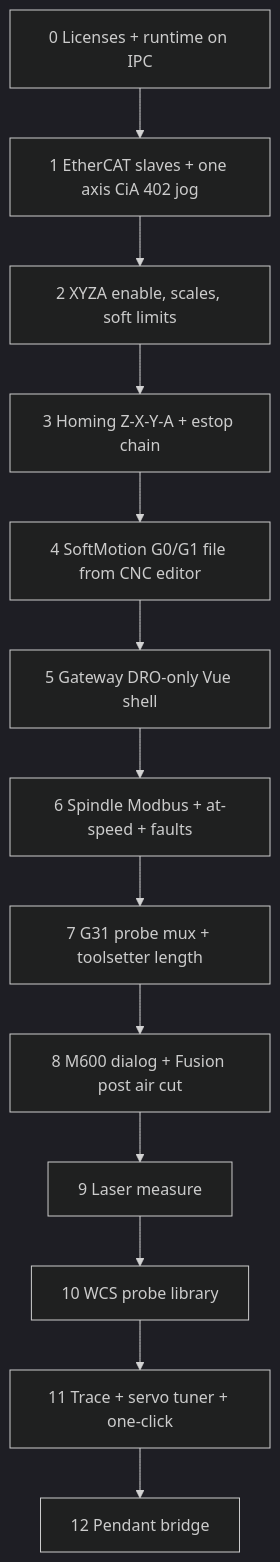
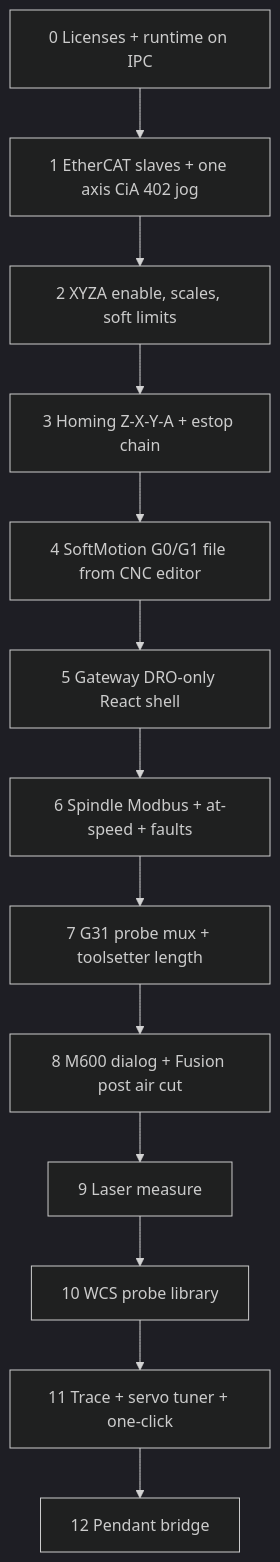
One commit to jayem1427/lemontart_lcnc_config changed the second of 2 diagrams in docs/CODESYS_ARCHITECTURE.md. Above: the diagram before and after it, drawn with Mermaid (dark theme). The commit also changed other lines of this file and 3 other files, not shown here.

````diff
--- a/docs/CODESYS_ARCHITECTURE.md
+++ b/docs/CODESYS_ARCHITECTURE.md
@@ -391,15 +395,15 @@
 ```mermaid
 flowchart TD
   S0[0 Licenses + runtime on IPC] --> S1[1 EtherCAT slaves + one axis CiA 402 jog]
   S1 --> S2[2 XYZA enable, scales, soft limits]
   S2 --> S3[3 Homing Z-X-Y-A + estop chain]
   S3 --> S4[4 SoftMotion G0/G1 file from CNC editor]
-  S4 --> S5[5 Gateway DRO-only Vue shell]
+  S4 --> S5[5 Gateway DRO-only React shell]
   S5 --> S6[6 Spindle Modbus + at-speed + faults]
   S6 --> S7[7 G31 probe mux + toolsetter length]
   S7 --> S8[8 M600 dialog + Fusion post air cut]
   S8 --> S9[9 Laser measure]
   S9 --> S10[10 WCS probe library]
   S10 --> S11[11 Trace + servo tuner + one-click]
   S11 --> S12[12 Pendant bridge]
 ```
````
